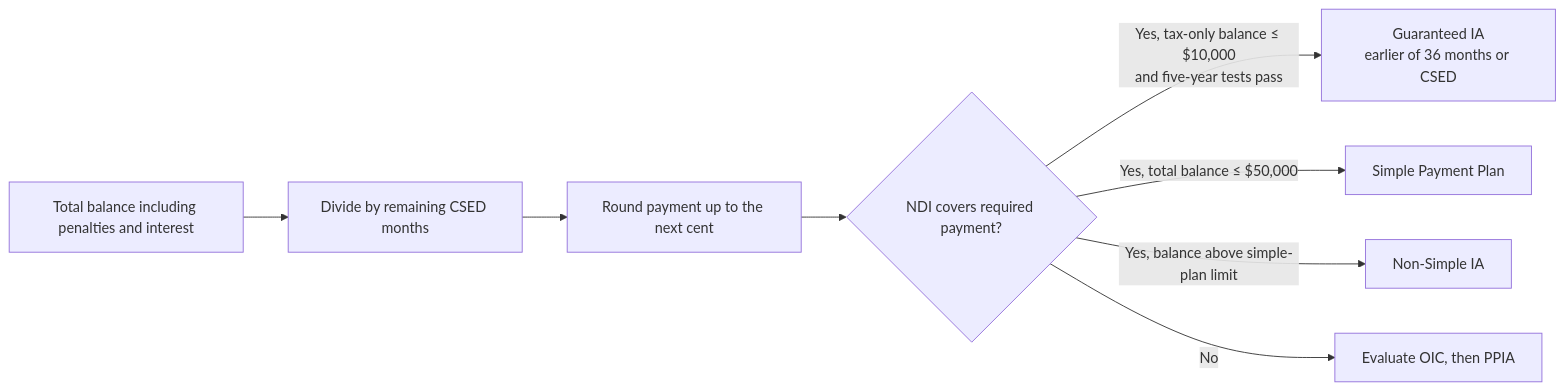
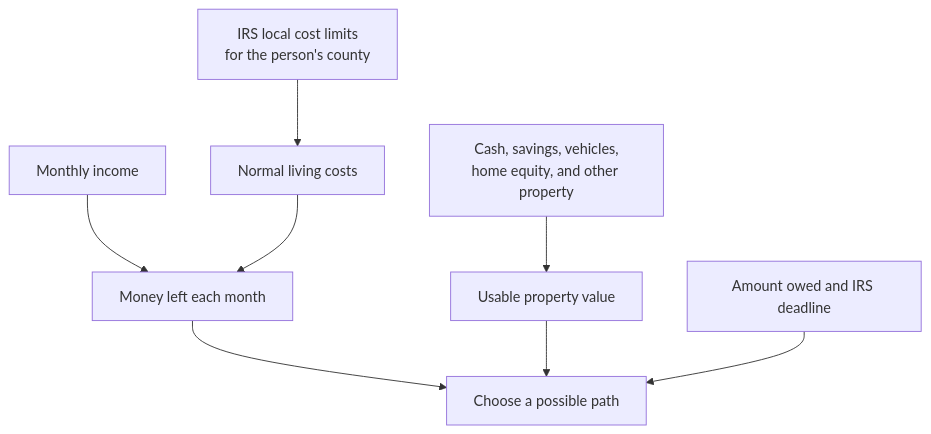
One commit to Metdez/ResSpark changed the fourth of 4 diagrams in README.md. Above: the diagram before and after it, drawn with Mermaid. The commit also changed other lines of this file, not shown here.

Commit message:
Simplify README language and flows

````diff
--- a/README.md
+++ b/README.md
@@ -155,10 +64,12 @@
 ```mermaid
-flowchart LR
-    A[Total balance including penalties and interest] --> B[Divide by remaining CSED months]
-    B --> C[Round payment up to the next cent]
-    C --> D{NDI covers required payment?}
-    D -- Yes, tax-only balance ≤ $10,000<br/>and five-year tests pass --> E[Guaranteed IA<br/>earlier of 36 months or CSED]
-    D -- Yes, total balance ≤ $50,000 --> F[Simple Payment Plan]
-    D -- Yes, balance above simple-plan limit --> G[Non-Simple IA]
-    D -- No --> H[Evaluate OIC, then PPIA]
+flowchart TD
+    A[Monthly income] --> E[Money left each month]
+    B[Normal living costs] --> E
+
+    C[Cash, savings, vehicles,<br/>home equity, and other property] --> F[Usable property value]
+    D[IRS local cost limits<br/>for the person's county] --> B
+
+    E --> G[Choose a possible path]
+    F --> G
+    H[Amount owed and IRS deadline] --> G
 ```
````
